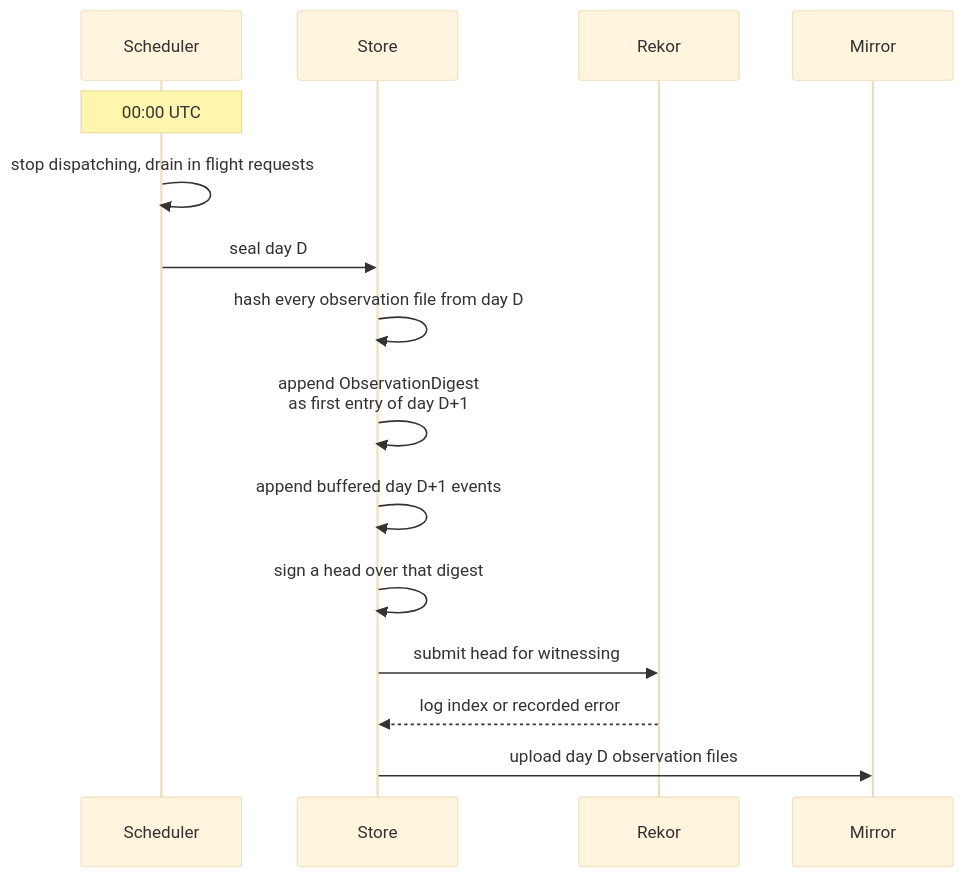
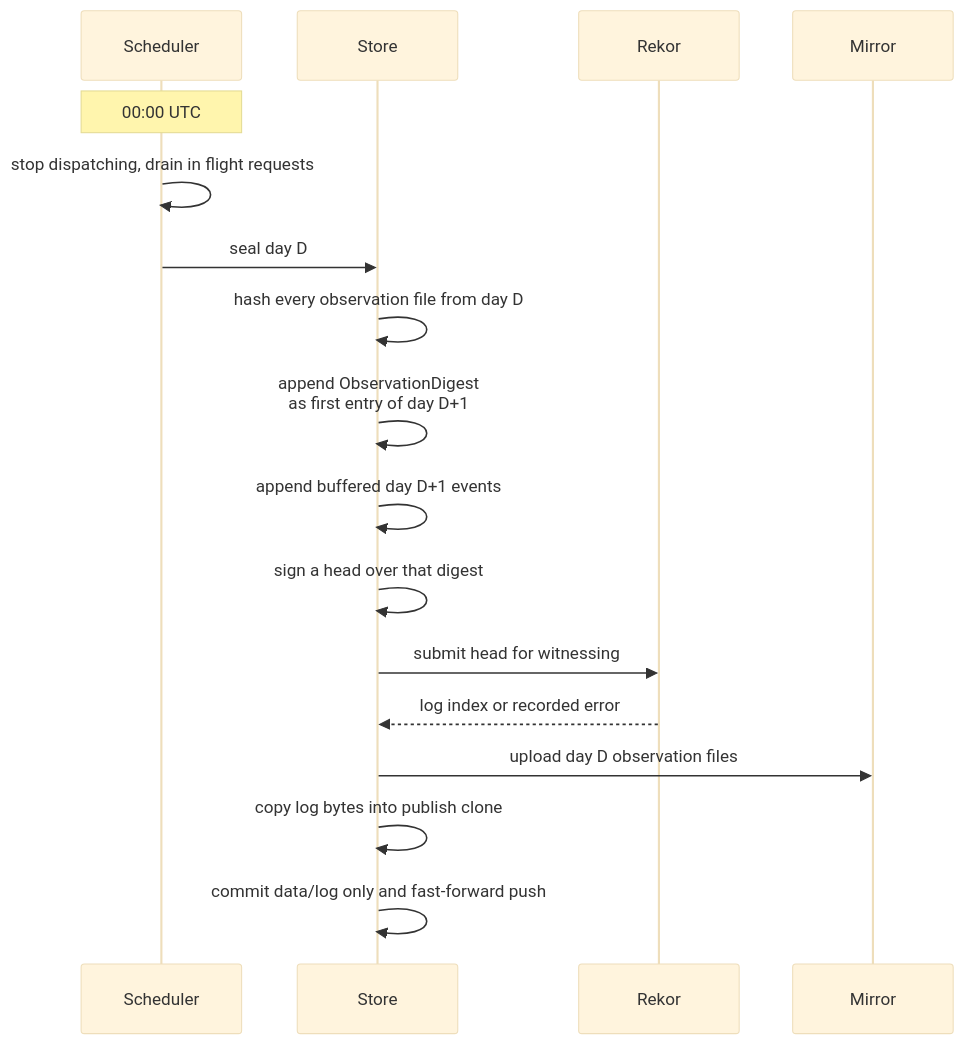
Before and after one commit to GautamTalksDev/refledger: the sixth of 6 diagrams in docs/HOW-IT-WORKS.md, drawn with Mermaid (base theme). The commit also changed other lines of this file and 12 other files, not shown here.

First line of the commit message:
Publish sealed days to git and score only detectable canary moves.

````diff
--- a/docs/HOW-IT-WORKS.md
+++ b/docs/HOW-IT-WORKS.md
@@ -160,17 +161,19 @@
 ```mermaid
 sequenceDiagram
     participant S as Scheduler
     participant St as Store
     participant R as Rekor
     participant M as Mirror
     Note over S: 00:00 UTC
     S->>S: stop dispatching, drain in flight requests
     S->>St: seal day D
     St->>St: hash every observation file from day D
     St->>St: append ObservationDigest<br/>as first entry of day D+1
     St->>St: append buffered day D+1 events
     St->>St: sign a head over that digest
     St->>R: submit head for witnessing
     R-->>St: log index or recorded error
     St->>M: upload day D observation files
+    St->>St: copy log bytes into publish clone
+    St->>St: commit data/log only and fast-forward push
 ```
````
